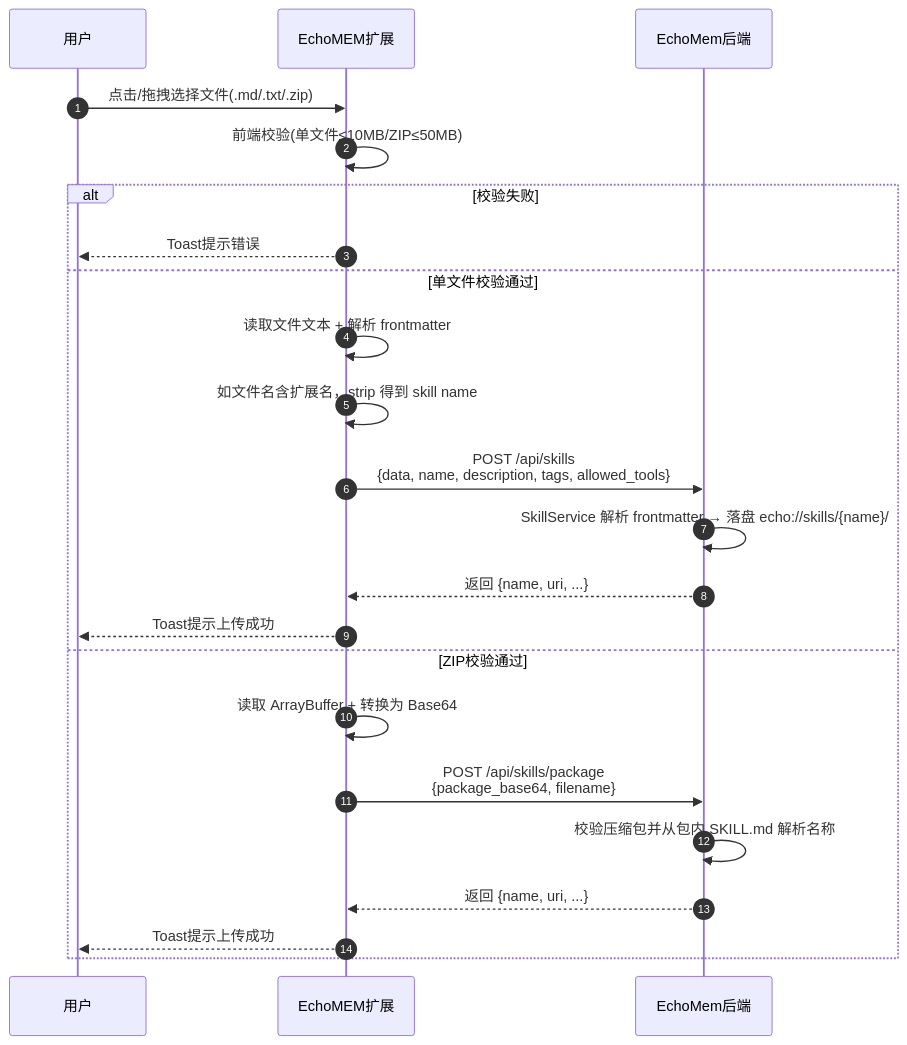
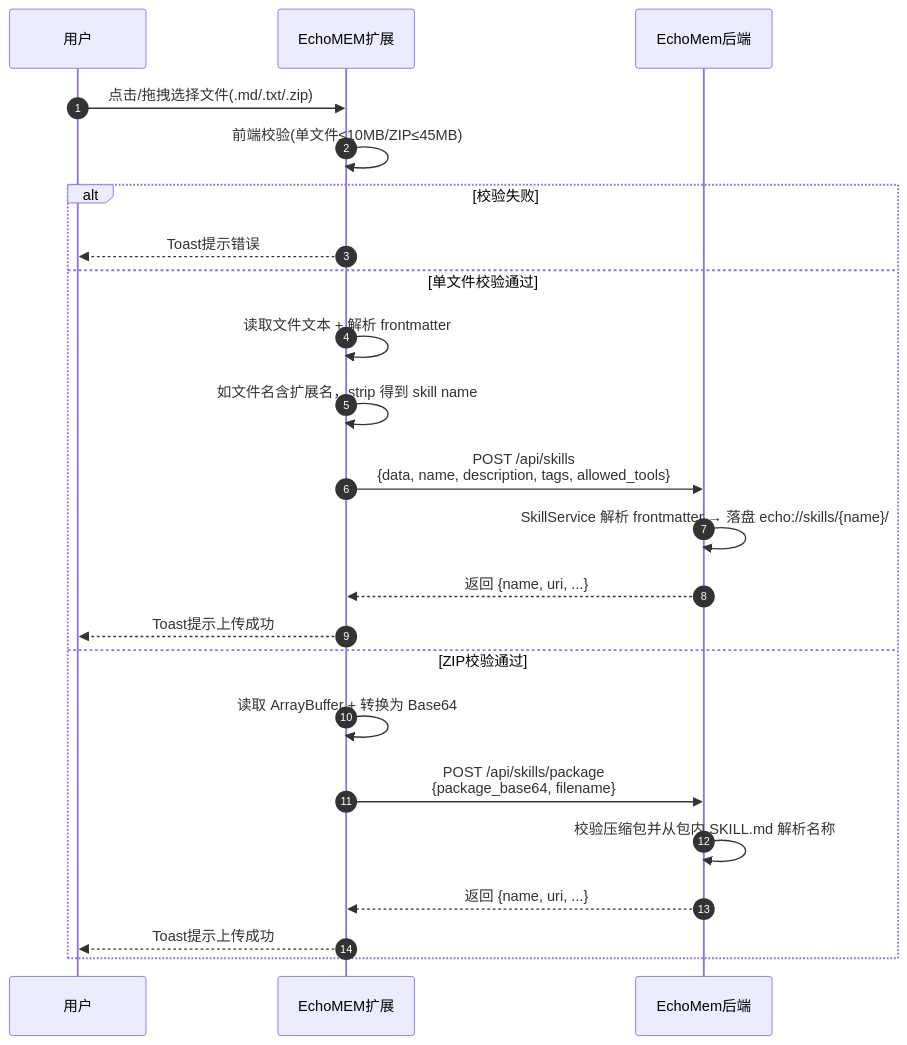
Before and after one commit to WawaGuess/EchoMEM-WEB-EXTENSION: the diagram in docs/flows/skill-store/上传流程.md, drawn with Mermaid. The commit also changed other lines of this file and 7 other files, not shown here.

````diff
--- a/docs/flows/skill-store/上传流程.md
+++ b/docs/flows/skill-store/上传流程.md
@@ -21,26 +21,26 @@
 ```mermaid
 sequenceDiagram
     autonumber
     participant U as 用户
     participant E as EchoMEM扩展
     participant EM as EchoMem后端
 
     U->>E: 点击/拖拽选择文件(.md/.txt/.zip)
-    E->>E: 前端校验(单文件≤10MB/ZIP≤50MB)
+    E->>E: 前端校验(单文件≤10MB/ZIP≤45MB)
     alt 校验失败
         E-->>U: Toast提示错误
     else 单文件校验通过
         E->>E: 读取文件文本 + 解析 frontmatter
         E->>E: 如文件名含扩展名，strip 得到 skill name
         E->>EM: POST /api/skills<br/>{data, name, description, tags, allowed_tools}
         EM->>EM: SkillService 解析 frontmatter → 落盘 echo://skills/{name}/
         EM-->>E: 返回 {name, uri, ...}
         E-->>U: Toast提示上传成功
     else ZIP校验通过
         E->>E: 读取 ArrayBuffer + 转换为 Base64
         E->>EM: POST /api/skills/package<br/>{package_base64, filename}
         EM->>EM: 校验压缩包并从包内 SKILL.md 解析名称
         EM-->>E: 返回 {name, uri, ...}
         E-->>U: Toast提示上传成功
     end
 ```
````
